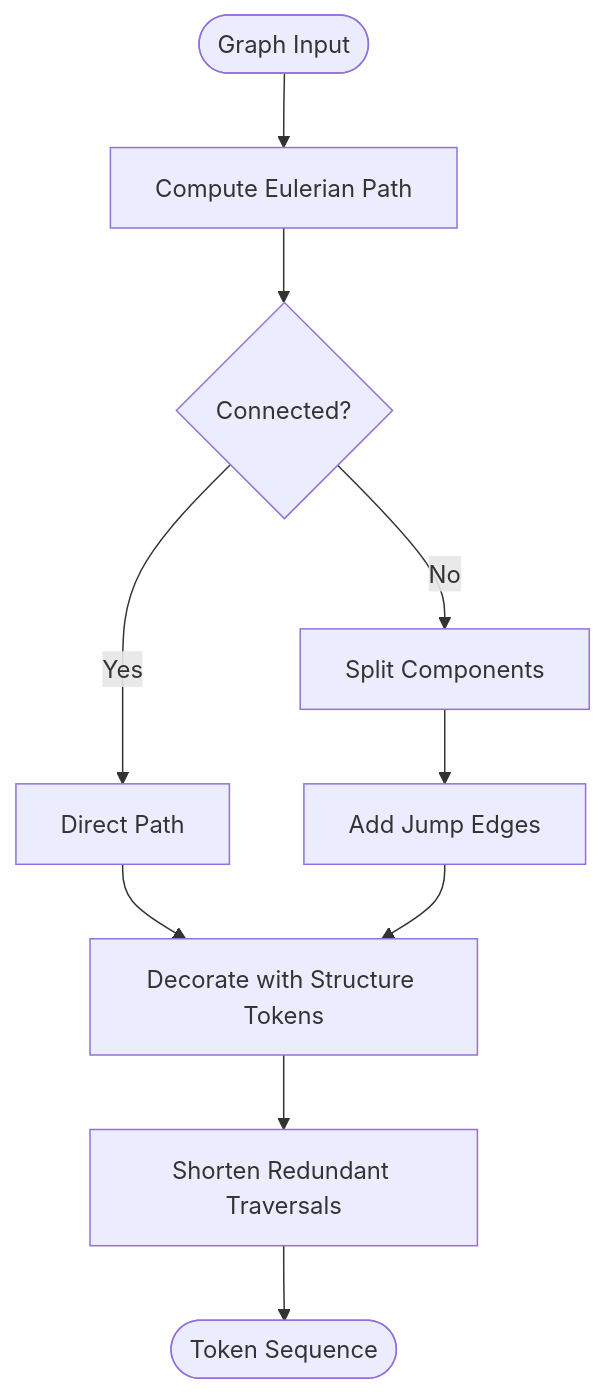
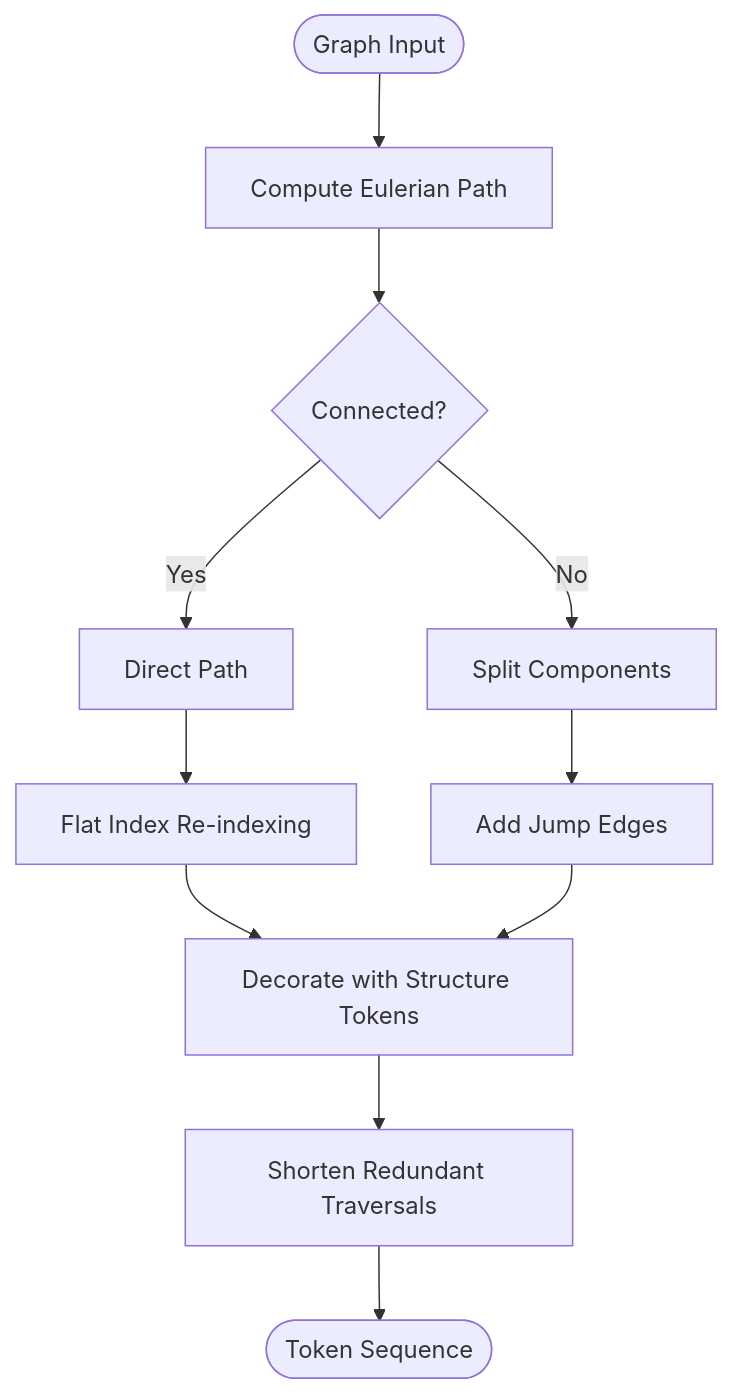
Before and after one commit to alibaba/graph-gpt: the fifth of 16 diagrams in .qoder/repowiki/en/content/Tokenization System/Tokenization System.md, drawn with Mermaid. The commit also changed other lines of this file and 5 other files, not shown here.

````diff
--- a/.qoder/repowiki/en/content/Tokenization System/Tokenization System.md
+++ b/.qoder/repowiki/en/content/Tokenization System/Tokenization System.md
@@ -341,12 +350,13 @@
 ```mermaid
 flowchart TD
 Start(["Graph Input"]) --> Path["Compute Eulerian Path"]
 Path --> CheckConn{"Connected?"}
 CheckConn --> |No| Split["Split Components"]
 CheckConn --> |Yes| Direct["Direct Path"]
 Split --> Jump["Add Jump Edges"]
-Direct --> Decorate["Decorate with Structure Tokens"]
+Direct --> Reindex["Flat Index Re-indexing"]
+Reindex --> Decorate["Decorate with Structure Tokens"]
 Jump --> Decorate
 Decorate --> Shorten["Shorten Redundant Traversals"]
 Shorten --> Output(["Token Sequence"])
 ```
````
